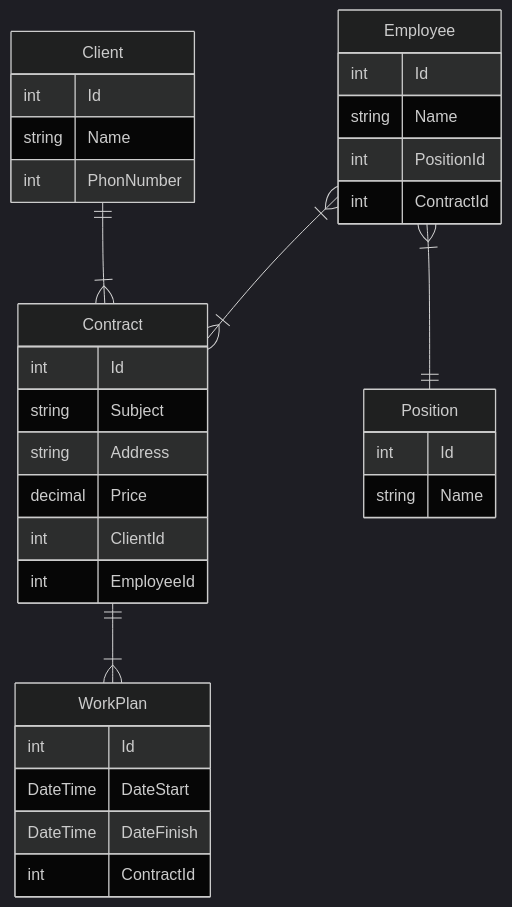
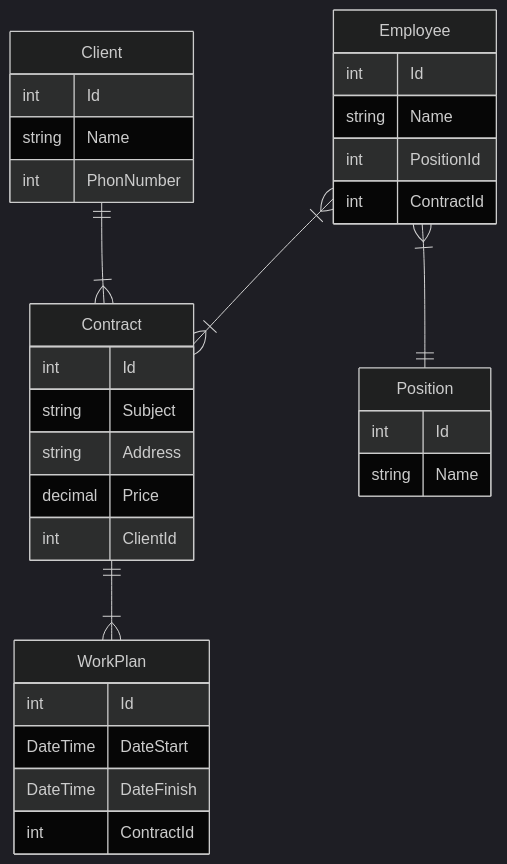
One commit to KondratenkoDV/CRM changed the diagram in README.md. Above: the diagram before and after it, drawn with Mermaid (dark theme).

````diff
--- a/README.md
+++ b/README.md
@@ -1,41 +1,40 @@
 ```mermaid
 erDiagram
   Employee }|--|{ Contract : ""
   Client ||--|{ Contract : ""
   Contract ||--|{ WorkPlan : ""
   Employee }|--|| Position : ""
   
   Employee{
       int Id
       string Name
       int PositionId
       int ContractId
   }
 
   Client{
       int Id
       string Name
       int PhonNumber
   }
 
   Contract{
       int Id
       string Subject
       string Address
       decimal Price
       int ClientId
-      int EmployeeId
   }
 
   WorkPlan{
       int Id
       DateTime DateStart
       DateTime DateFinish
       int ContractId
   }
   
   Position{
       int Id
       string Name
   }
   ```
````
